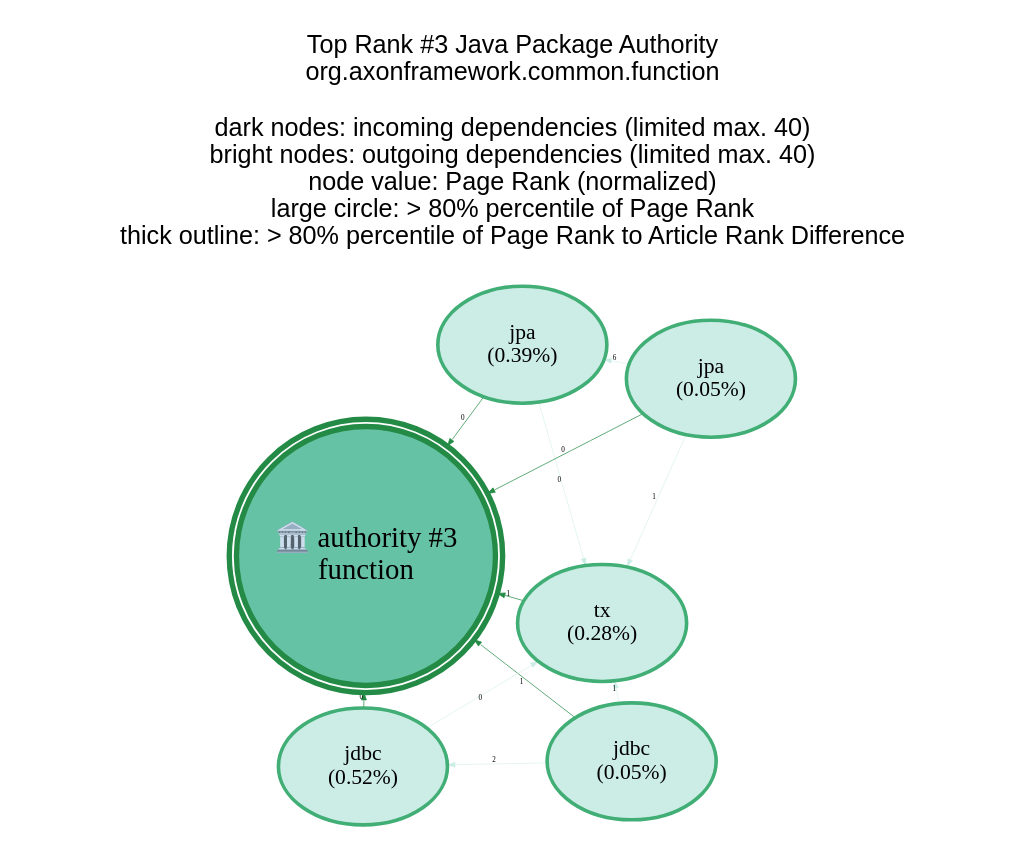
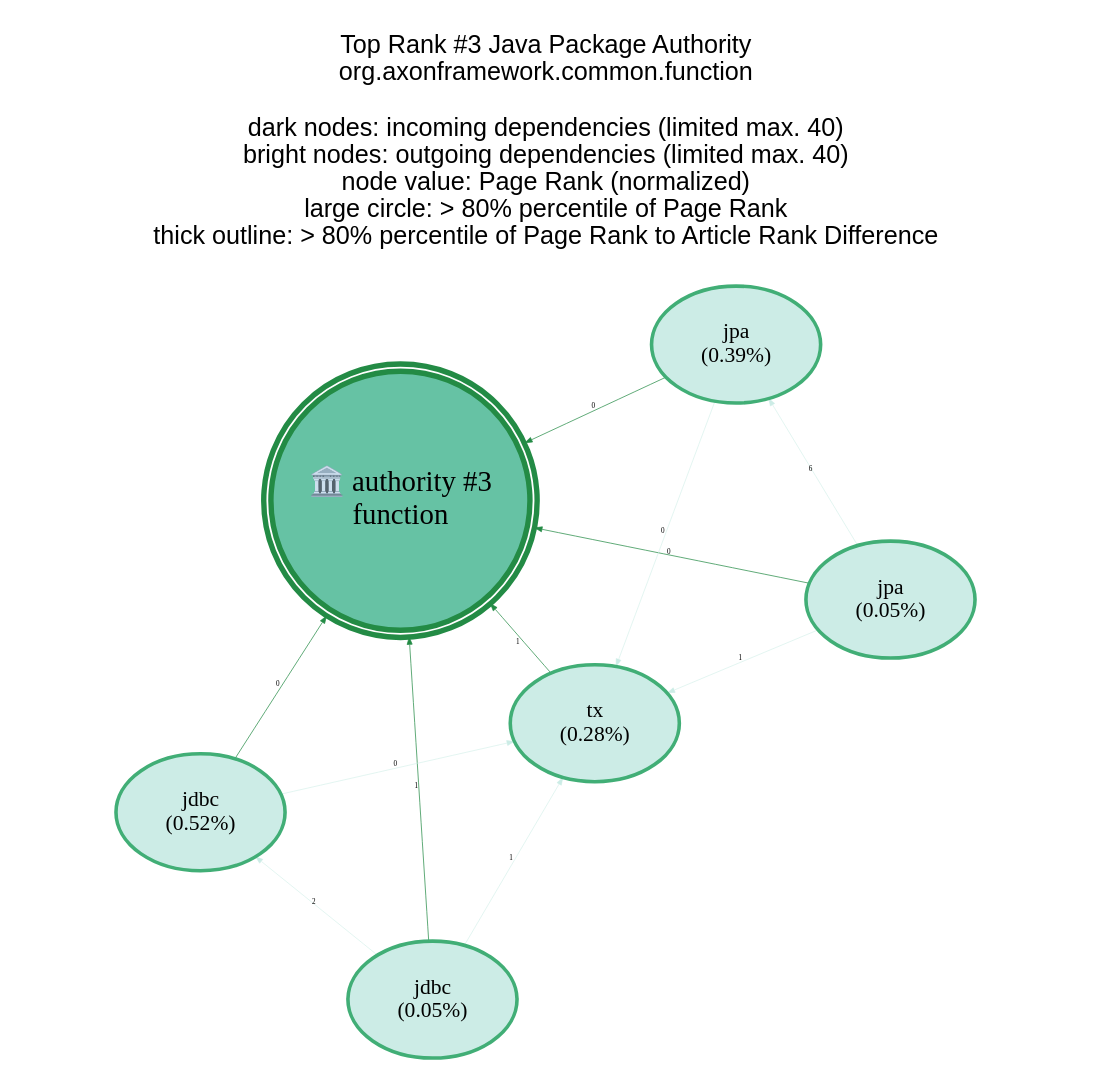
The diagram in analysis-results/AxonFramework/latest/archetypes/Java_Package/GraphVisualizations/graphviz/TopAuthority3.gv (JohT/code-graph-analysis-examples), drawn with Graphviz before and after one commit. The commit also changed 843 other files, not shown here.

```diff
--- a/analysis-results/AxonFramework/latest/archetypes/Java_Package/GraphVisualizations/graphviz/TopAuthority3.gv
+++ b/analysis-results/AxonFramework/latest/archetypes/Java_Package/GraphVisualizations/graphviz/TopAuthority3.gv
@@ -1,28 +1,28 @@
 // This GraphViz dot file was generated by the script convertQueryResultCsvToGraphVizDotFile.sh with TopCentral.template
 
 strict digraph TopAuthority3 {
     graph [layout = "fdp"; start = "7"; splines = "spline"; pad = "0.8,0.1"; outputorder = "edgesfirst";];
     graph [fontname = "Helvetica,Arial,sans-serif"; labelloc = "t";];
     node [colorscheme = "bugn9"; color = 6; fillcolor = 3;];
     edge [colorscheme = "bugn9"; color = 7;];
     node [fontsize = 12; style = "filled"; margin = "0.03,0.03"; width="1.3"; height="0.9";];
     edge [fontsize = 4; arrowsize = "0.4";];
 
     central [shape = "doublecircle"; height = "2.0"; margin = "0.000001,0.000001";];
     central [fontsize = 16;];
     central [color = 7; fillcolor = 5; penwidth = 3;];
 
 	graph   [label="Top Rank #3 Java Package Authority\norg.axonframework.common.function\n\ndark nodes: incoming dependencies (limited max. 40)\nbright nodes: outgoing dependencies (limited max. 40)\nnode value: Page Rank (normalized)\nlarge circle: > 80% percentile of Page Rank\nthick outline: > 80% percentile of Page Rank to Article Rank Difference\n\n"];
 	central [label="🏛️ authority #3\nfunction"];
-	"jdbc_25142"  [label = "jdbc\n(0.05%)"; penwidth = 2; ]; "jdbc_25142" -> central [label=1; weight=1; penwidth=0.4];
+	"jdbc_25138"  [label = "jdbc\n(0.05%)"; penwidth = 2; ]; "jdbc_25138" -> central [label=1; weight=1; penwidth=0.4];
 	"tx_8888"  [label = "tx\n(0.28%)"; penwidth = 2; ]; "tx_8888" -> central [label=1; weight=1; penwidth=0.4];
 	"jdbc_8884"  [label = "jdbc\n(0.52%)"; penwidth = 2; ]; "jdbc_8884" -> central [label=0; weight=0; penwidth=0.4];
+	"jpa_25139"  [label = "jpa\n(0.05%)"; penwidth = 2; ]; "jpa_25139" -> central [label=0; weight=0; penwidth=0.4];
 	"jpa_8893"  [label = "jpa\n(0.39%)"; penwidth = 2; ]; "jpa_8893" -> central [label=0; weight=0; penwidth=0.4];
-	"jpa_25143"  [label = "jpa\n(0.05%)"; penwidth = 2; ]; "jpa_25143" -> central [label=0; weight=0; penwidth=0.4];
-	"jpa_25143" -> "jpa_8893" [label=6; weight=6; penwidth=0.3; color = 3]
-	"jdbc_25142" -> "jdbc_8884" [label=2; weight=2; penwidth=0.3; color = 3]
-	"jdbc_25142" -> "tx_8888" [label=1; weight=1; penwidth=0.3; color = 3]
-	"jpa_25143" -> "tx_8888" [label=1; weight=1; penwidth=0.3; color = 3]
+	"jpa_25139" -> "jpa_8893" [label=6; weight=6; penwidth=0.3; color = 3]
+	"jdbc_25138" -> "jdbc_8884" [label=2; weight=2; penwidth=0.3; color = 3]
+	"jdbc_25138" -> "tx_8888" [label=1; weight=1; penwidth=0.3; color = 3]
+	"jpa_25139" -> "tx_8888" [label=1; weight=1; penwidth=0.3; color = 3]
 	"jdbc_8884" -> "tx_8888" [label=0; weight=0; penwidth=0.3; color = 3]
 	"jpa_8893" -> "tx_8888" [label=0; weight=0; penwidth=0.3; color = 3]
 }
```
